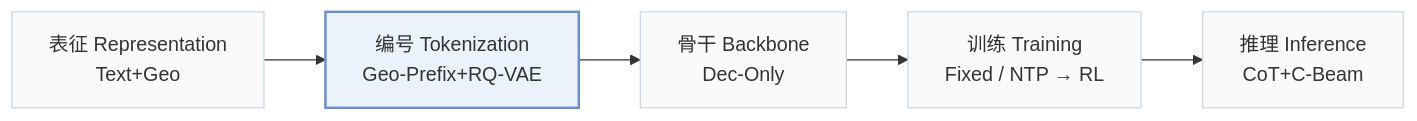
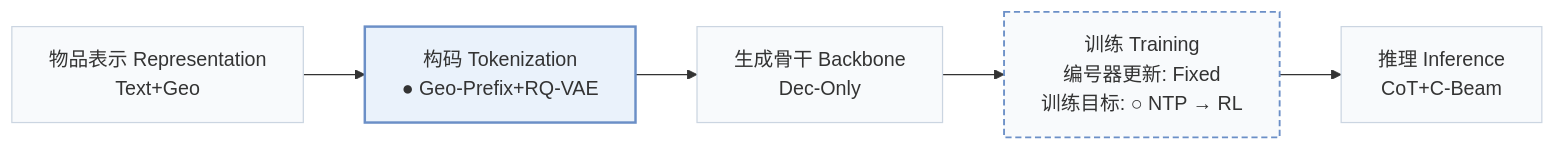
The first of 4 diagrams in pages/zh/papers/ros.md (Galaxy-ghost/Awesome-SID-Generative-Rec), drawn with Mermaid before and after one commit. The commit also changed other lines of this file and 558 other files, not shown here.

````diff
--- a/pages/zh/papers/ros.md
+++ b/pages/zh/papers/ros.md
@@ -15,8 +19,10 @@
 ```mermaid
 flowchart LR
-    R["表征 Representation<br/>Text+Geo"] --> T["编号 Tokenization<br/>Geo-Prefix+RQ-VAE"] --> B["骨干 Backbone<br/>Dec-Only"] --> TR["训练 Training<br/>Fixed / NTP → RL"] --> I["推理 Inference<br/>CoT+C-Beam"]
+    R["物品表示 Representation<br/>Text+Geo"] --> T["构码 Tokenization<br/>● Geo-Prefix+RQ-VAE"] --> B["生成骨干 Backbone<br/>Dec-Only"] --> TR["训练 Training<br/>编号器更新: Fixed<br/>训练目标: ○ NTP → RL"] --> I["推理 Inference<br/>CoT+C-Beam"]
     classDef base fill:#f8fafc,stroke:#cbd5e1
     class R,T,B,TR,I base
+    classDef other fill:#f8fafc,stroke:#6b8fc7,stroke-width:1.5px,stroke-dasharray:5 3
+    class TR other
     classDef main fill:#eaf2fb,stroke:#6b8fc7,stroke-width:2px
     class T main
 ```
````
